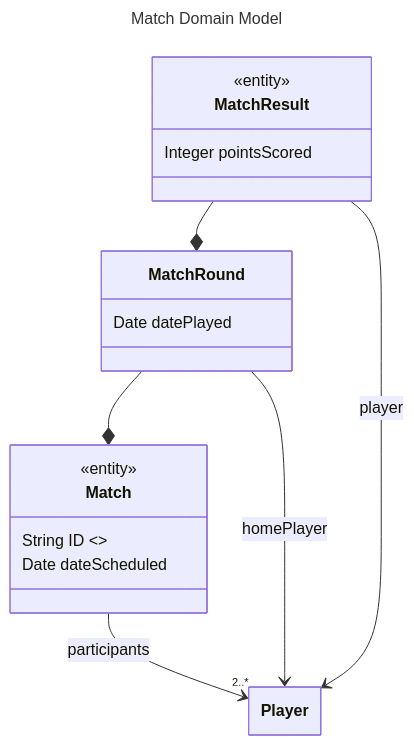
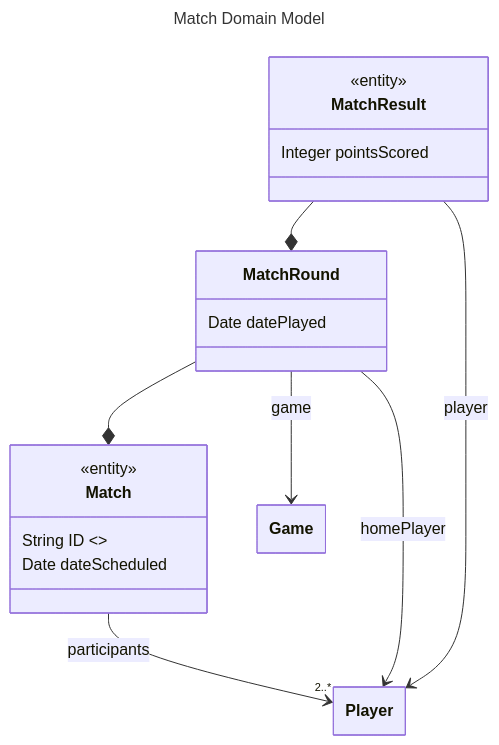
The diagram in design/data/match.md (AdrianMiley/War-Games-League), drawn with Mermaid before and after one commit.

Commit message:
Reworked match domain model to correct changes made by incorrect merge

````diff
--- a/design/data/match.md
+++ b/design/data/match.md
@@ -1,31 +1,32 @@
 ```mermaid
 ---
   title: Match Domain Model
   config:
     class:
       hideEmptyMembersBox: true
 ---
 %%    namespace "match"
 %%    import "design/data/game/Game" as Game
 %%    import "design/data/player/Player" as Player
 classDiagram
     class Match{
         <<entity>>
         String ID <<key>>
         Date dateScheduled
     }
     Match --> "2..*" Player : participants
     
     class MatchRound{
         Date datePlayed        
     }
     MatchRound --> Player : homePlayer
     MatchRound --* Match
+    MatchRound --> Game : game
     
     class MatchResult {
         <<entity>>
         Integer pointsScored
     }
     MatchResult --> Player : player
     MatchResult --* MatchRound
 ```
````
